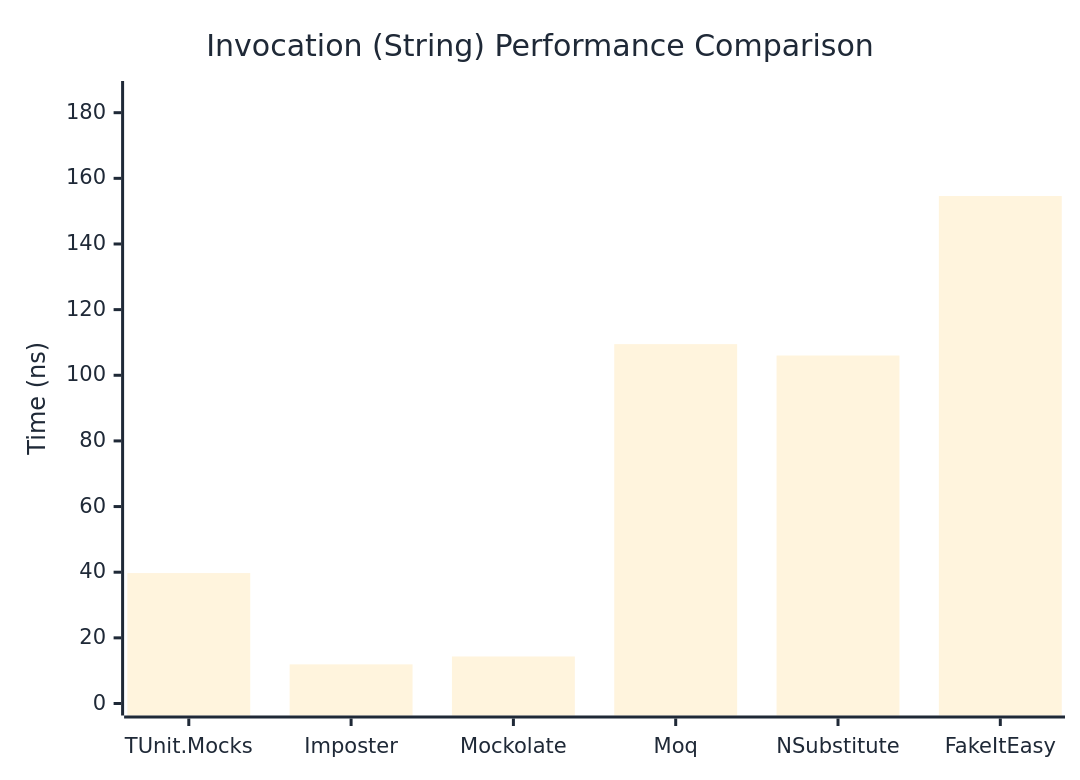
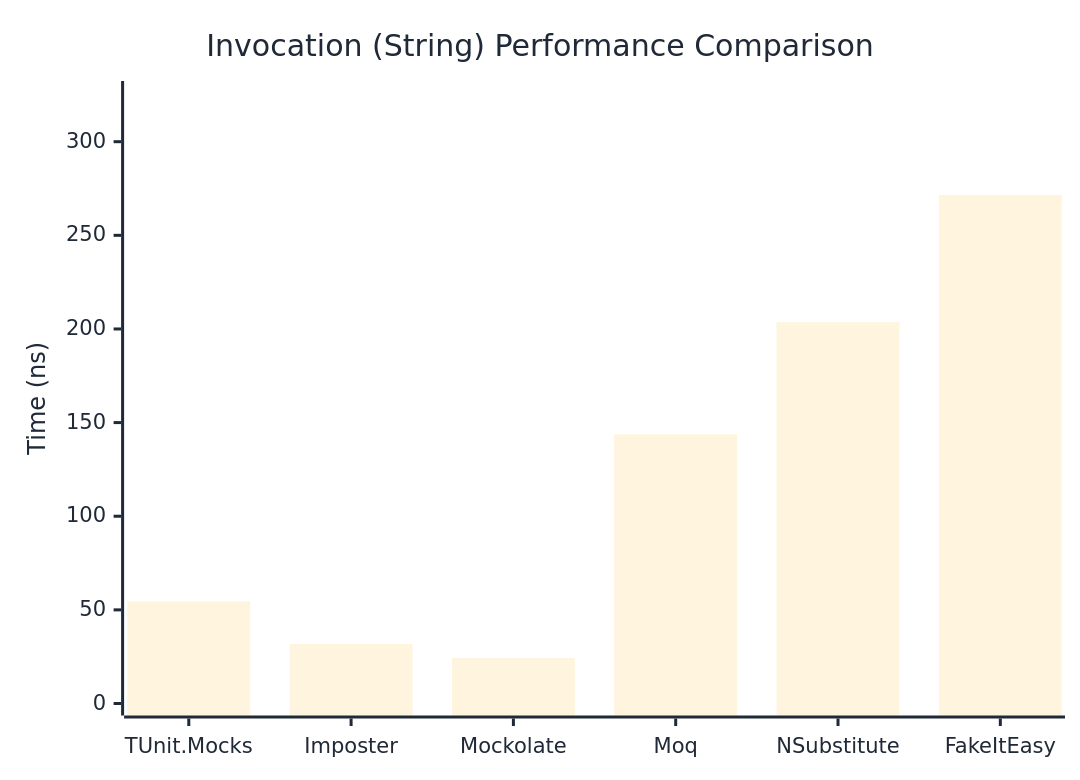
Before and after one commit to thomhurst/TUnit: the third of 3 diagrams in docs/docs/benchmarks/mocks/Invocation.md, drawn with Mermaid. The commit also changed other lines of this file and 14 other files, not shown here.

````diff
--- a/docs/docs/benchmarks/mocks/Invocation.md
+++ b/docs/docs/benchmarks/mocks/Invocation.md
@@ -112,27 +112,27 @@
 ```mermaid
 %%{init: {
   'theme':'base',
   'themeVariables': {
     'primaryColor': '#2563eb',
     'primaryTextColor': '#1f2937',
     'primaryBorderColor': '#1e40af',
     'lineColor': '#6b7280',
     'secondaryColor': '#7c3aed',
     'tertiaryColor': '#dc2626',
     'background': '#ffffff',
     'pie1': '#2563eb',
     'pie2': '#7c3aed',
     'pie3': '#dc2626',
     'pie4': '#f59e0b',
     'pie5': '#10b981',
     'pie6': '#06b6d4',
     'pie7': '#ec4899',
     'pie8': '#6366f1'
   }
 }}%%
 xychart-beta
   title "Invocation (String) Performance Comparison"
   x-axis ["TUnit.Mocks", "Imposter", "Mockolate", "Moq", "NSubstitute", "FakeItEasy"]
-  y-axis "Time (ns)" 0 --> 186
-  bar [39.74, 11.92, 14.33, 109.49, 106.02, 154.61]
+  y-axis "Time (ns)" 0 --> 326
+  bar [54.48, 31.8, 24.33, 143.75, 203.61, 271.55]
 ```
````
